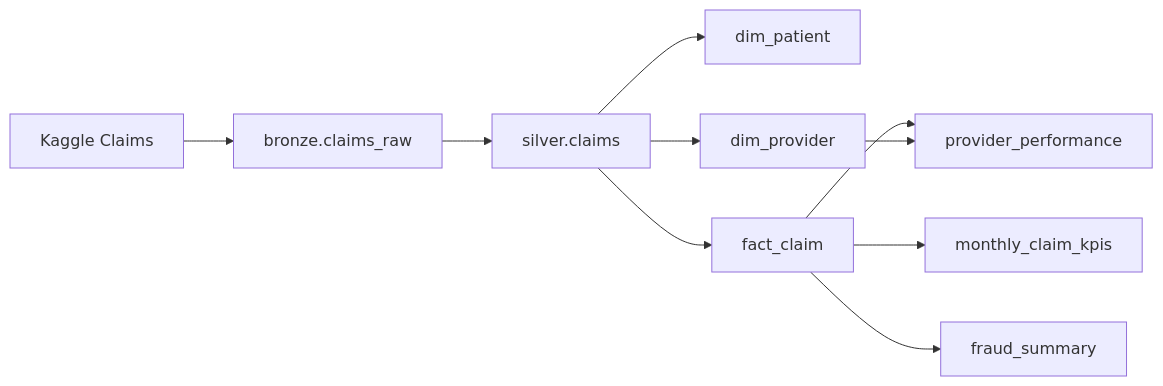
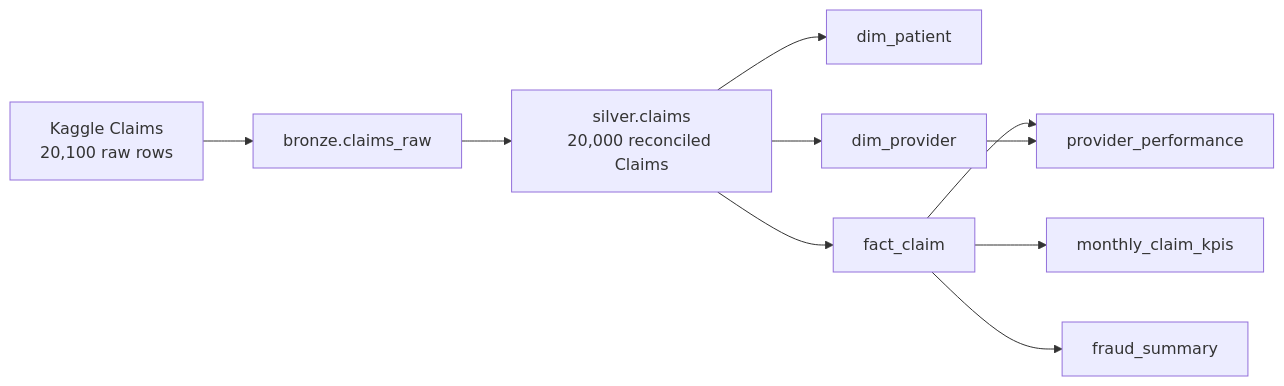
The second of 8 diagrams in README.md (jprool/Khaoula-healthy-insuarance-project), drawn with Mermaid before and after one commit. The commit also changed other lines of this file and 1 other file, not shown here.

````diff
--- a/README.md
+++ b/README.md
@@ -140,28 +217,39 @@
 ```mermaid
 flowchart LR
 
-    SOURCE[Kaggle Claims]
+    SOURCE[Kaggle Claims<br/>20,100 raw rows]
+
     BRONZE[bronze.claims_raw]
-    SILVER[silver.claims]
+
+    SILVER[silver.claims<br/>20,000 reconciled Claims]
 
     PATIENT[dim_patient]
+
     PROVIDER[dim_provider]
+
     FACT[fact_claim]
 
     KPI[monthly_claim_kpis]
+
     FRAUD[fraud_summary]
+
     PERF[provider_performance]
 
     SOURCE --> BRONZE
+
     BRONZE --> SILVER
 
     SILVER --> PATIENT
+
     SILVER --> PROVIDER
+
     SILVER --> FACT
 
     FACT --> KPI
+
     FACT --> FRAUD
 
     FACT --> PERF
+
     PROVIDER --> PERF
 ```
````
